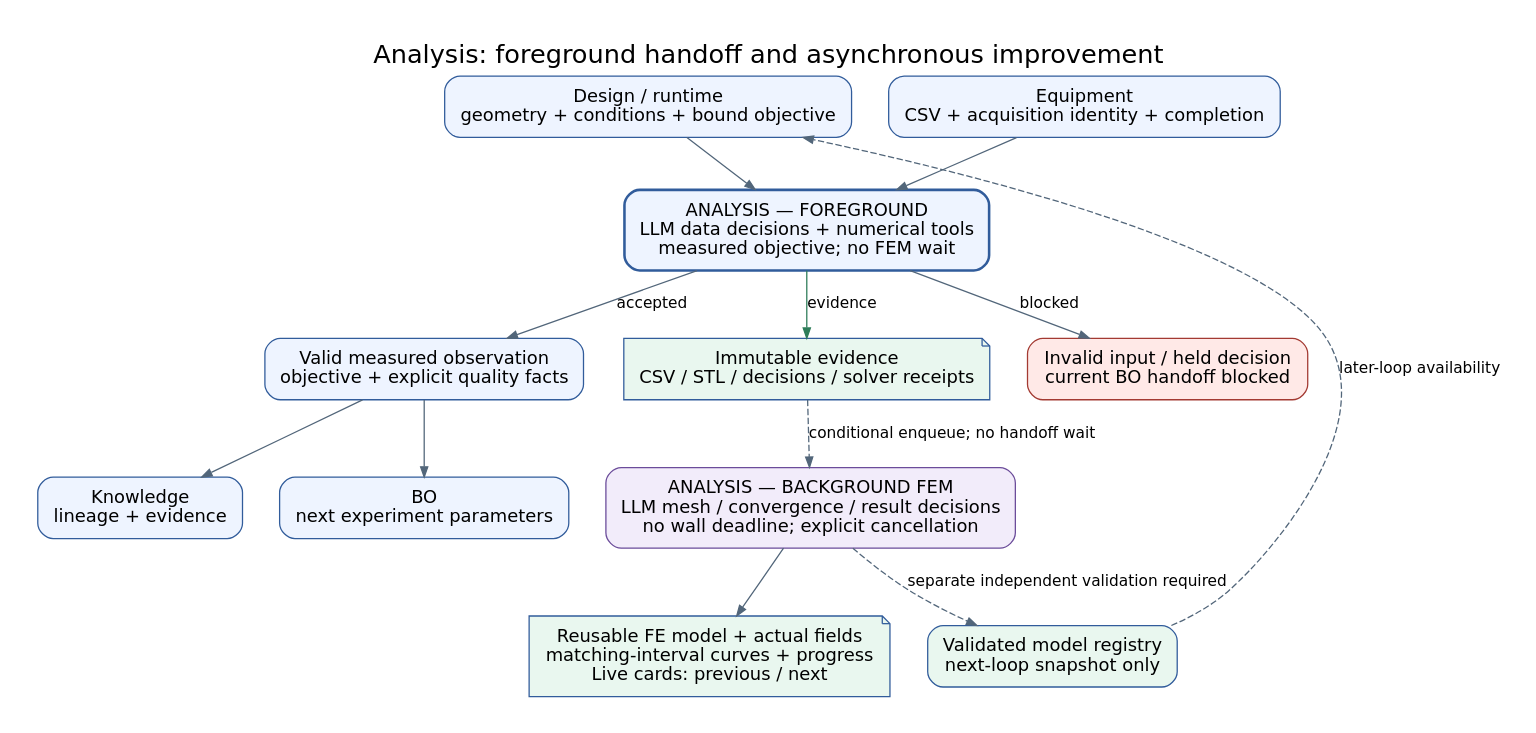
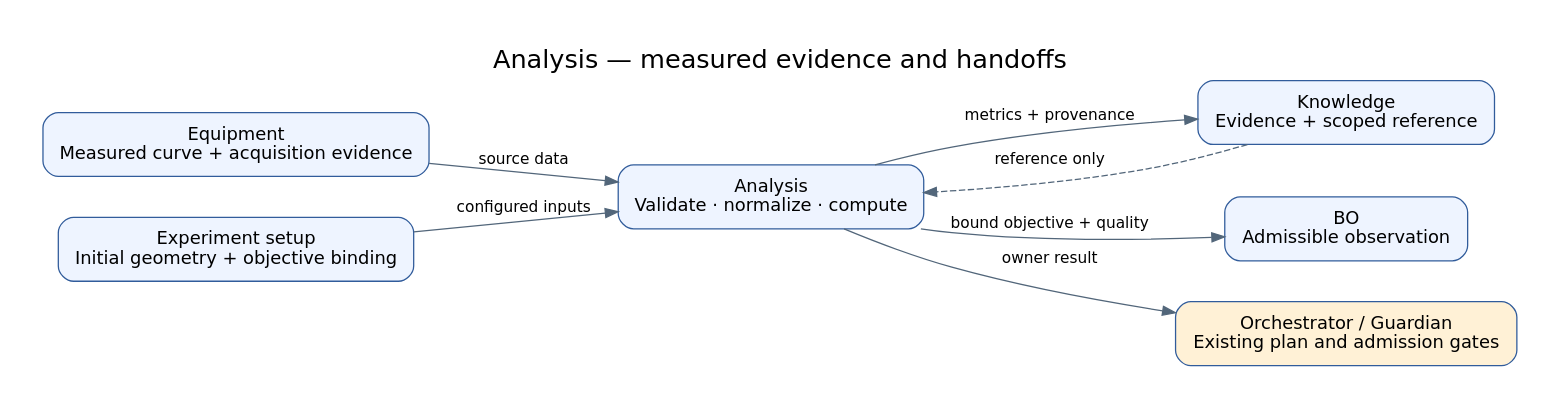
Before and after one commit to JIN9811/autonomous_researcher: the diagram in docs/agents/assets/figures/analysis_01_closed_loop_handoffs.dot, drawn with Graphviz. The commit also changed 301 other files, not shown here.

```diff
--- a/docs/agents/assets/figures/analysis_01_closed_loop_handoffs.dot
+++ b/docs/agents/assets/figures/analysis_01_closed_loop_handoffs.dot
@@ -1,29 +1,17 @@
-digraph analysis_closed_loop_handoffs {
-  graph [rankdir=TB, bgcolor="white", pad="0.3", nodesep="0.4", ranksep="0.55", fontname="DejaVu Sans", label="Analysis: foreground handoff and asynchronous improvement", labelloc=t, fontsize=20];
-  node [shape=box, style="rounded,filled", fillcolor="#EEF4FF", color="#315C9B", fontname="DejaVu Sans", fontsize=14, margin="0.18,0.12"];
-  edge [color="#52667A", fontname="DejaVu Sans", fontsize=12, arrowsize=0.8];
-  design [label="Design / runtime\ngeometry + conditions + bound objective"];
-  equipment [label="Equipment\nCSV + acquisition identity + completion"];
-  analysis [label="ANALYSIS — FOREGROUND\nLLM data decisions + numerical tools\nmeasured objective; no FEM wait", penwidth=2];
-  output [label="Valid measured observation\nobjective + explicit quality facts"];
-  knowledge [label="Knowledge\nlineage + evidence"];
-  bo [label="BO\nnext experiment parameters"];
-  archive [label="Immutable evidence\nCSV / STL / decisions / solver receipts",shape=note,fillcolor="#E9F7EF"];
-  worker [label="ANALYSIS — BACKGROUND FEM\nLLM mesh / convergence / result decisions\nno wall deadline; explicit cancellation",fillcolor="#F2ECFA",color="#6B4C9A"];
-  outputs [label="Reusable FE model + actual fields\nmatching-interval curves + progress\nLive cards: previous / next",shape=note,fillcolor="#E9F7EF"];
-  registry [label="Validated model registry\nnext-loop snapshot only",fillcolor="#E9F7EF"];
-  hold [label="Invalid input / held decision\ncurrent BO handoff blocked",fillcolor="#FFE9E7",color="#A33A32"];
-  {rank=same; design; equipment;}
-  {rank=same; knowledge; bo;}
-  design -> analysis;
-  equipment -> analysis;
-  analysis -> output [label="accepted"];
-  analysis -> hold [label="blocked"];
-  output -> knowledge;
-  output -> bo;
-  analysis -> archive [label="evidence",color="#2E7D59"];
-  archive -> worker [style=dashed,label="conditional enqueue; no handoff wait"];
-  worker -> outputs;
-  worker -> registry [style=dashed,label="separate independent validation required"];
-  registry -> design [style=dashed,label="later-loop availability",constraint=false];
+digraph analysis_handoffs {
+ graph [rankdir=LR,bgcolor="white",pad="0.35",nodesep="0.45",ranksep="0.6",fontname="DejaVu Sans",fontsize=20,label="Analysis — measured evidence and handoffs",labelloc=t];
+ node [shape=box,style="rounded,filled",fillcolor="#EEF4FF",color="#315C9B",fontname="DejaVu Sans",fontsize=14,margin="0.2,0.14"];
+ edge [color="#52667A",fontname="DejaVu Sans",fontsize=12];
+ eq [label="Equipment\nMeasured curve + acquisition evidence"];
+ setup [label="Experiment setup\nInitial geometry + objective binding"];
+ anl [label="Analysis\nValidate · normalize · compute"];
+ knw [label="Knowledge\nEvidence + scoped reference"];
+ bo [label="BO\nAdmissible observation"];
+ orc [label="Orchestrator / Guardian\nExisting plan and admission gates",fillcolor="#FFF1D6"];
+ eq -> anl [label="source data"];
+ setup -> anl [label="configured inputs"];
+ knw -> anl [style=dashed,label="reference only"];
+ anl -> knw [label="metrics + provenance"];
+ anl -> bo [label="bound objective + quality"];
+ anl -> orc [label="owner result"];
 }
```
